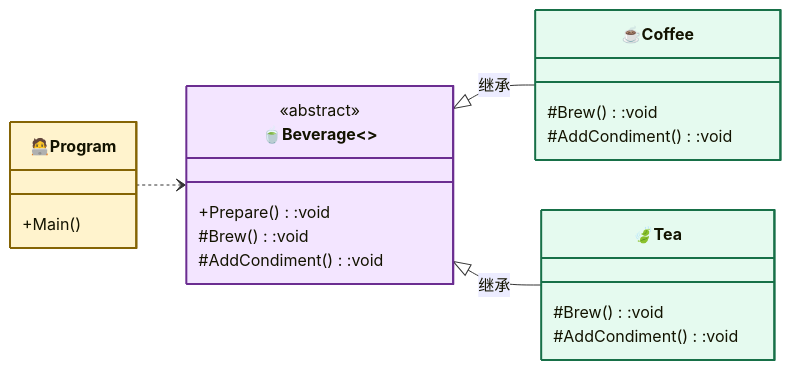
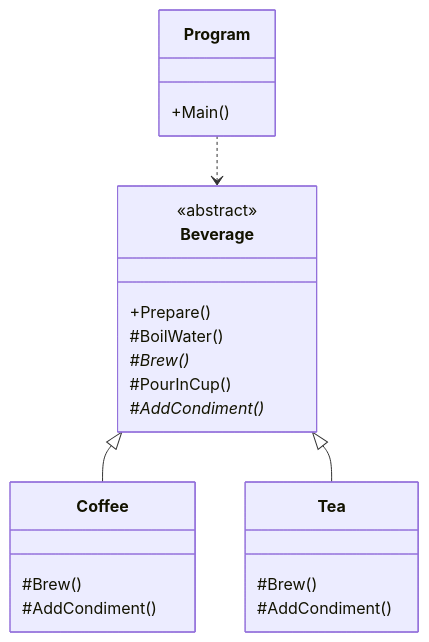
One commit to hollson/design_patterns changed the second of 2 diagrams in TemplatePattern/README.md. Above: the diagram before and after it, drawn with Mermaid. The commit also changed other lines of this file and 19 other files, not shown here.

````diff
--- a/TemplatePattern/README.md
+++ b/TemplatePattern/README.md
@@ -19,31 +55,26 @@
 ```mermaid
-%%{init: {"classDiagram": {"useMarkdownLabels": true}} }%%
 classDiagram
-    direction LR
-
-    class AbstractClass["🍵Beverage<<abstract>>"]:::strategyCls{
+    class Beverage {
         <<abstract>>
-        +Prepare():void
-        #Brew():void
-        #AddCondiment():void
+        +Prepare()
+        #BoilWater()
+        #Brew()*
+        #PourInCup()
+        #AddCondiment()*
     }
-    class ConcreteClassA["☕Coffee"]:::concreteCls{
-        #Brew():void
-        #AddCondiment():void
+    class Coffee {
+        #Brew()
+        #AddCondiment()
     }
-    class ConcreteClassB["🍃Tea"]:::concreteCls{
-        #Brew():void
-        #AddCondiment():void
+    class Tea {
+        #Brew()
+        #AddCondiment()
     }
-    class Client["🧑‍💻Program"]:::contextCls{
+    class Program {
         +Main()
     }
 
-    AbstractClass <|-- ConcreteClassA : 继承
-    AbstractClass <|-- ConcreteClassB : 继承
-    Client ..> AbstractClass
-
-    classDef contextCls fill:#fff3cd,stroke:#856404,stroke-width:2px
-    classDef strategyCls fill:#f3e5ff,stroke:#6b2d91,stroke-width:2px
-    classDef concreteCls fill:#e5faef,stroke:#177048,stroke-width:2px
+    Beverage <|-- Coffee
+    Beverage <|-- Tea
+    Program ..> Beverage
 ```
````
